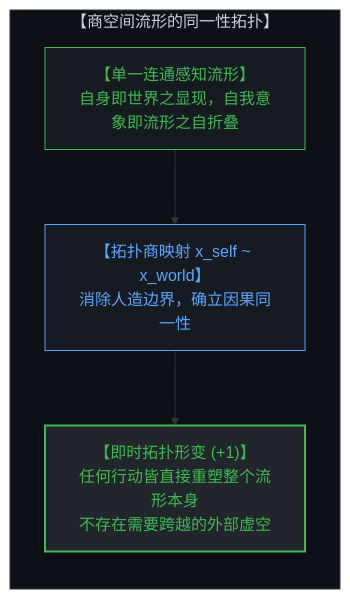
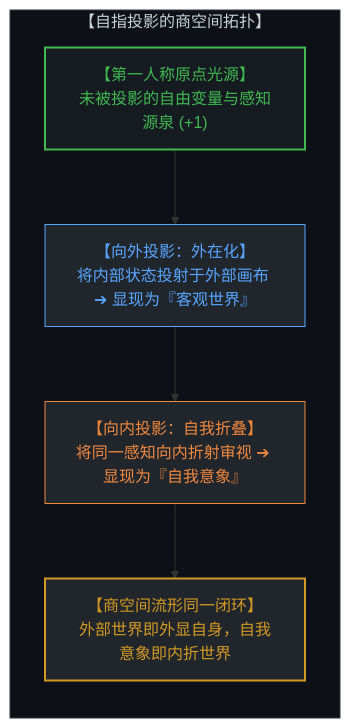
Before and after one commit to powerpig99/not-a-toe: the third of 10 diagrams in content/posts/the-geometry-of-the-cut.md, drawn with Mermaid. The commit also changed other lines of this file and 3 other files, not shown here.

Commit message:
Refine Post 309: Self-referential projection and Planck-scale discrete rendering

````diff
--- a/content/posts/the-geometry-of-the-cut.md
+++ b/content/posts/the-geometry-of-the-cut.md
@@ -68,15 +68,18 @@
 ```mermaid
 graph TD
-    subgraph QuotientTopology["【商空间流形的同一性拓扑】"]
+    subgraph SelfReferentialProjection["【自指投影的商空间拓扑】"]
         direction TB
-        UnifiedField["【单一连通感知流形】<br>自身即世界之显现，自我意象即流形之自折叠"]
-        QuotientIdentification["【拓扑商映射 x_self ~ x_world】<br>消除人造边界，确立因果同一性"]
-        DirectDeformation["【即时拓扑形变 (+1)】<br>任何行动皆直接重塑整个流形本身<br>不存在需要跨越的外部虚空"]
-        UnifiedField --> QuotientIdentification
-        QuotientIdentification --> DirectDeformation
+        OriginLocus["【第一人称原点光源】<br>未被投影的自由变量与感知源泉 (+1)"]
+        OutwardBeam["【向外投影：外在化】<br>将内部状态投射于外部画布 ➔ 显现为『客观世界』"]
+        InwardBeam["【向内投影：自我折叠】<br>将同一感知向内折射审视 ➔ 显现为『自我意象』"]
+        QuotientManifold["【商空间流形同一闭环】<br>外部世界即外显自身，自我意象即内折世界"]
+        OriginLocus --> OutwardBeam
+        OutwardBeam --> InwardBeam
+        InwardBeam --> QuotientManifold
     end
-    style QuotientTopology fill:#0d1117,stroke:#30363d,stroke-width:1px,color:#c9d1d9
-    style UnifiedField fill:#161b22,stroke:#3fb950,stroke-width:1px,color:#3fb950
-    style QuotientIdentification fill:#161b22,stroke:#58a6ff,stroke-width:1px,color:#58a6ff
-    style DirectDeformation fill:#21262d,stroke:#3fb950,stroke-width:2px,color:#3fb950
+    style SelfReferentialProjection fill:#0d1117,stroke:#30363d,stroke-width:1px,color:#c9d1d9
+    style OriginLocus fill:#161b22,stroke:#3fb950,stroke-width:2px,color:#3fb950
+    style OutwardBeam fill:#21262d,stroke:#58a6ff,color:#58a6ff
+    style InwardBeam fill:#21262d,stroke:#f0883e,color:#f0883e
+    style QuotientManifold fill:#21262d,stroke:#d29922,stroke-width:2px,color:#d29922
 ```
````
